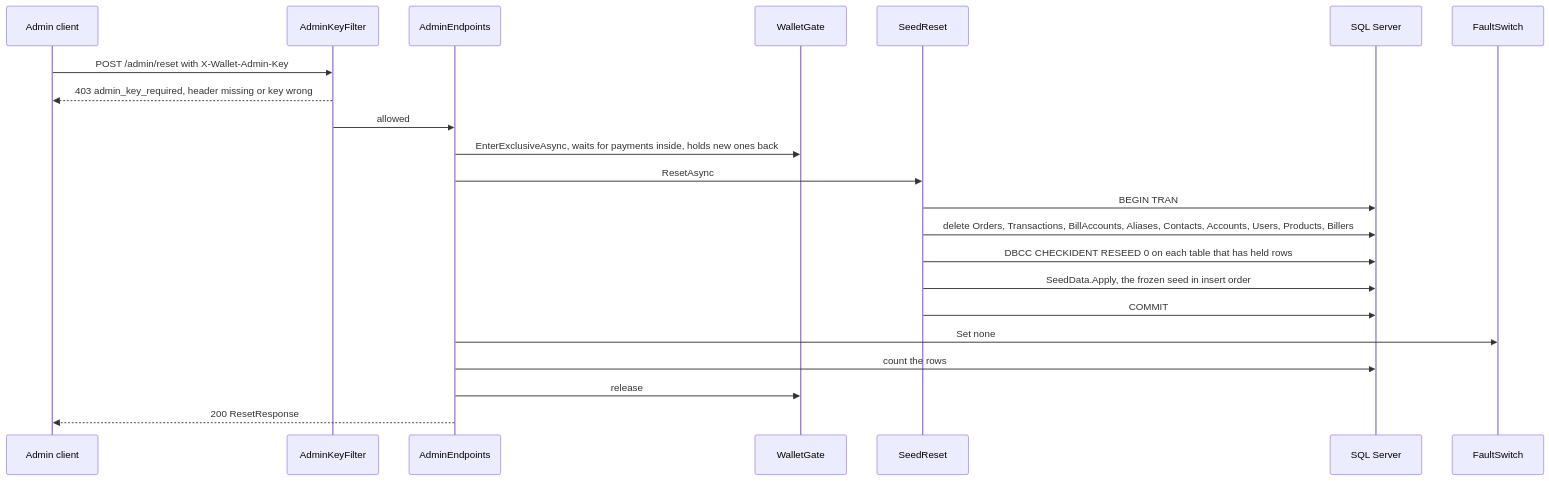
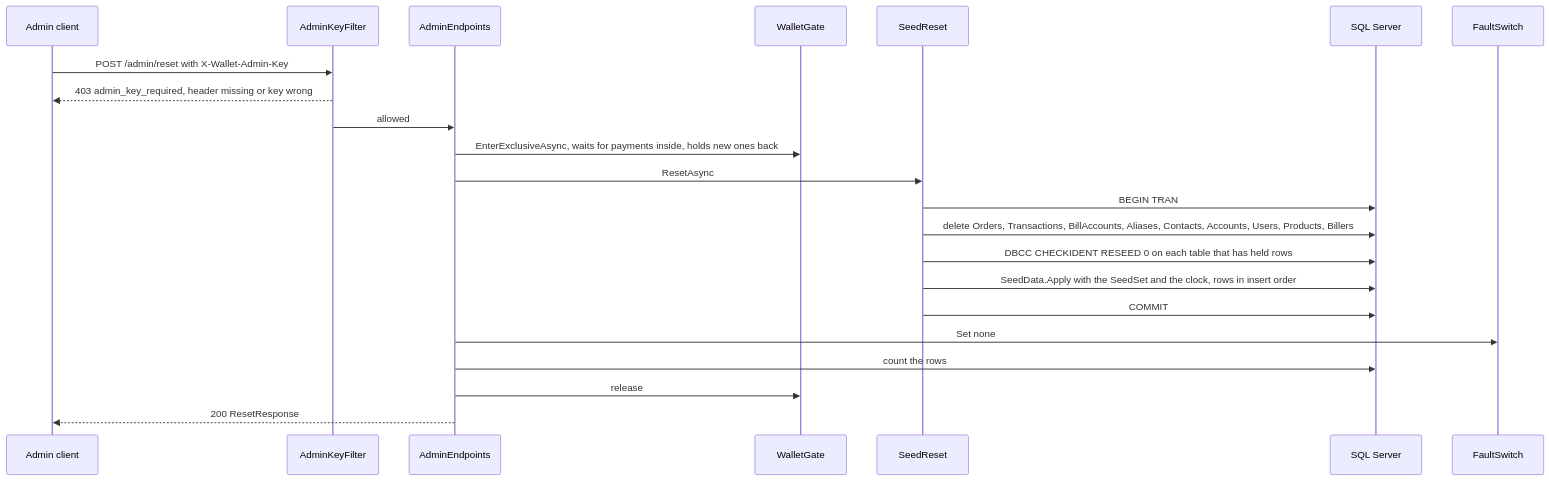
Before and after one commit to Khalil-Alhadidi/Naqoli: the sixth of 6 diagrams in docs/wallet-api.md, drawn with Mermaid. The commit also changed other lines of this file and 4 other files, not shown here.

First line of the commit message:
docs: seed from the test-set files, contract changes, seed-load diagram

````diff
--- a/docs/wallet-api.md
+++ b/docs/wallet-api.md
@@ -419,25 +495,25 @@
 ```mermaid
 sequenceDiagram
     participant C as Admin client
     participant K as AdminKeyFilter
     participant A as AdminEndpoints
     participant G as WalletGate
     participant R as SeedReset
     participant D as SQL Server
     participant F as FaultSwitch
 
     C->>K: POST /admin/reset with X-Wallet-Admin-Key
     K-->>C: 403 admin_key_required, header missing or key wrong
     K->>A: allowed
     A->>G: EnterExclusiveAsync, waits for payments inside, holds new ones back
     A->>R: ResetAsync
     R->>D: BEGIN TRAN
     R->>D: delete Orders, Transactions, BillAccounts, Aliases, Contacts, Accounts, Users, Products, Billers
     R->>D: DBCC CHECKIDENT RESEED 0 on each table that has held rows
-    R->>D: SeedData.Apply, the frozen seed in insert order
+    R->>D: SeedData.Apply with the SeedSet and the clock, rows in insert order
     R->>D: COMMIT
     A->>F: Set none
     A->>D: count the rows
     A->>G: release
     A-->>C: 200 ResetResponse
 ```
````
